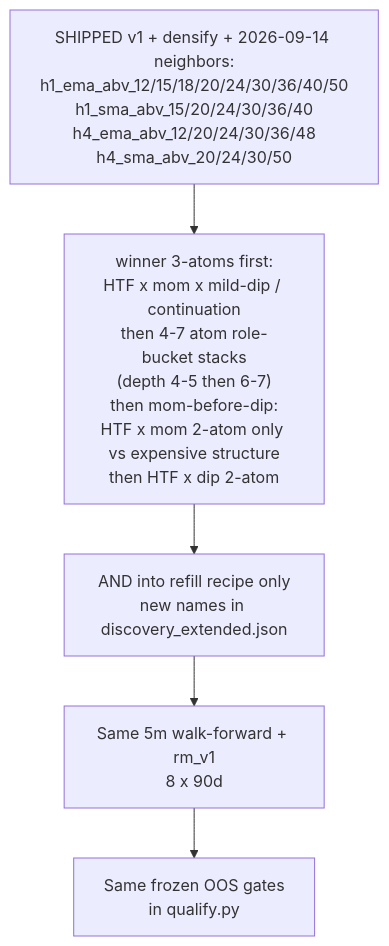
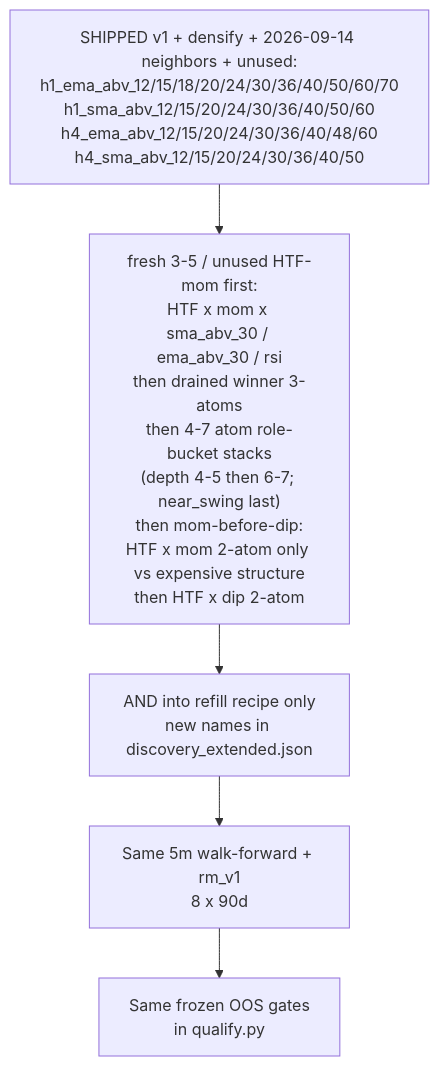
One commit to Runemark7/paper-trading-bot changed the third of 3 diagrams in docs/WORKFLOW.md. Above: the diagram before and after it, drawn with Mermaid. The commit also changed other lines of this file and 7 other files, not shown here.

First line of the commit message:
feat(discovery): un-dry mint with unused HTF 3-5

````diff
--- a/docs/WORKFLOW.md
+++ b/docs/WORKFLOW.md
@@ -171,10 +176,10 @@
 ```mermaid
 flowchart TB
-  shipped["SHIPPED v1 + densify + 2026-09-14 neighbors:\nh1_ema_abv_12/15/18/20/24/30/36/40/50\nh1_sma_abv_15/20/24/30/36/40\nh4_ema_abv_12/20/24/30/36/48\nh4_sma_abv_20/24/30/50"]
-  order["winner 3-atoms first:\nHTF x mom x mild-dip / continuation\nthen 4-7 atom role-bucket stacks\n(depth 4-5 then 6-7)\nthen mom-before-dip:\nHTF x mom 2-atom only vs expensive structure\nthen HTF x dip 2-atom"]
+  shipped["SHIPPED v1 + densify + 2026-09-14 neighbors + unused:\nh1_ema_abv_12/15/18/20/24/30/36/40/50/60/70\nh1_sma_abv_12/15/20/24/30/36/40/50/60\nh4_ema_abv_12/15/20/24/30/36/40/48/60\nh4_sma_abv_12/15/20/24/30/36/40/50"]
+  order["fresh 3-5 / unused HTF-mom first:\nHTF x mom x sma_abv_30 / ema_abv_30 / rsi\nthen drained winner 3-atoms\nthen 4-7 atom role-bucket stacks\n(depth 4-5 then 6-7; near_swing last)\nthen mom-before-dip:\nHTF x mom 2-atom only vs expensive structure\nthen HTF x dip 2-atom"]
   mintOnly["AND into refill recipe only\nnew names in discovery_extended.json"]
   sameEval["Same 5m walk-forward + rm_v1\n8 x 90d"]
   sameGate["Same frozen OOS gates\nin qualify.py"]
 
   shipped --> order --> mintOnly --> sameEval --> sameGate
 ```
````
